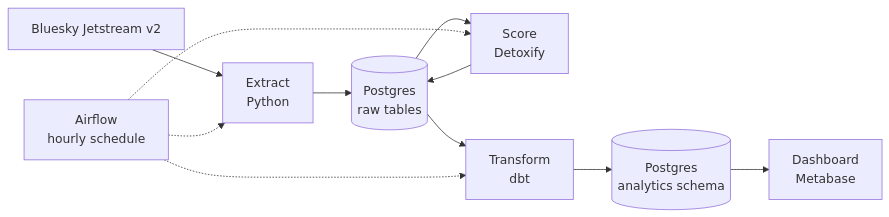
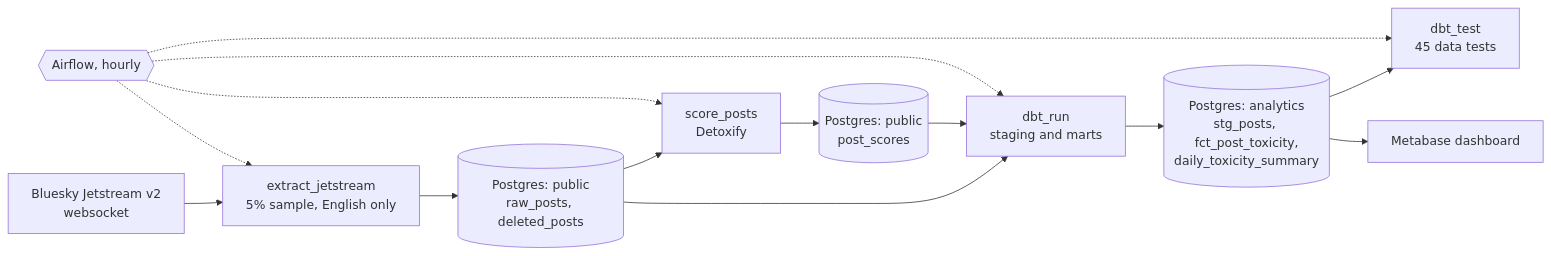
The diagram in README.md (haleylepe/bluesky-moderation-pipeline), drawn with Mermaid before and after one commit. The commit also changed other lines of this file and 1 other file, not shown here.

````diff
--- a/README.md
+++ b/README.md
@@ -9,13 +10,16 @@
 ```mermaid
 flowchart LR
-    A[Bluesky Jetstream v2] --> B[Extract<br/>Python]
-    B --> C[(Postgres<br/>raw tables)]
-    C --> D[Score<br/>Detoxify]
-    D --> C
-    C --> E[Transform<br/>dbt]
-    E --> F[(Postgres<br/>analytics schema)]
-    F --> G[Dashboard<br/>Metabase]
-    H[Airflow<br/>hourly schedule] -.-> B
-    H -.-> D
-    H -.-> E
+    J[Bluesky Jetstream v2<br/>websocket] --> E[extract_jetstream<br/>5% sample, English only]
+    E --> R[(Postgres: public<br/>raw_posts, deleted_posts)]
+    R --> S[score_posts<br/>Detoxify]
+    S --> P[(Postgres: public<br/>post_scores)]
+    R --> D[dbt_run<br/>staging and marts]
+    P --> D
+    D --> A[(Postgres: analytics<br/>stg_posts, fct_post_toxicity,<br/>daily_toxicity_summary)]
+    A --> T[dbt_test<br/>45 data tests]
+    A --> M[Metabase dashboard]
+    AF{{Airflow, hourly}} -.-> E
+    AF -.-> S
+    AF -.-> D
+    AF -.-> T
 ```
````
